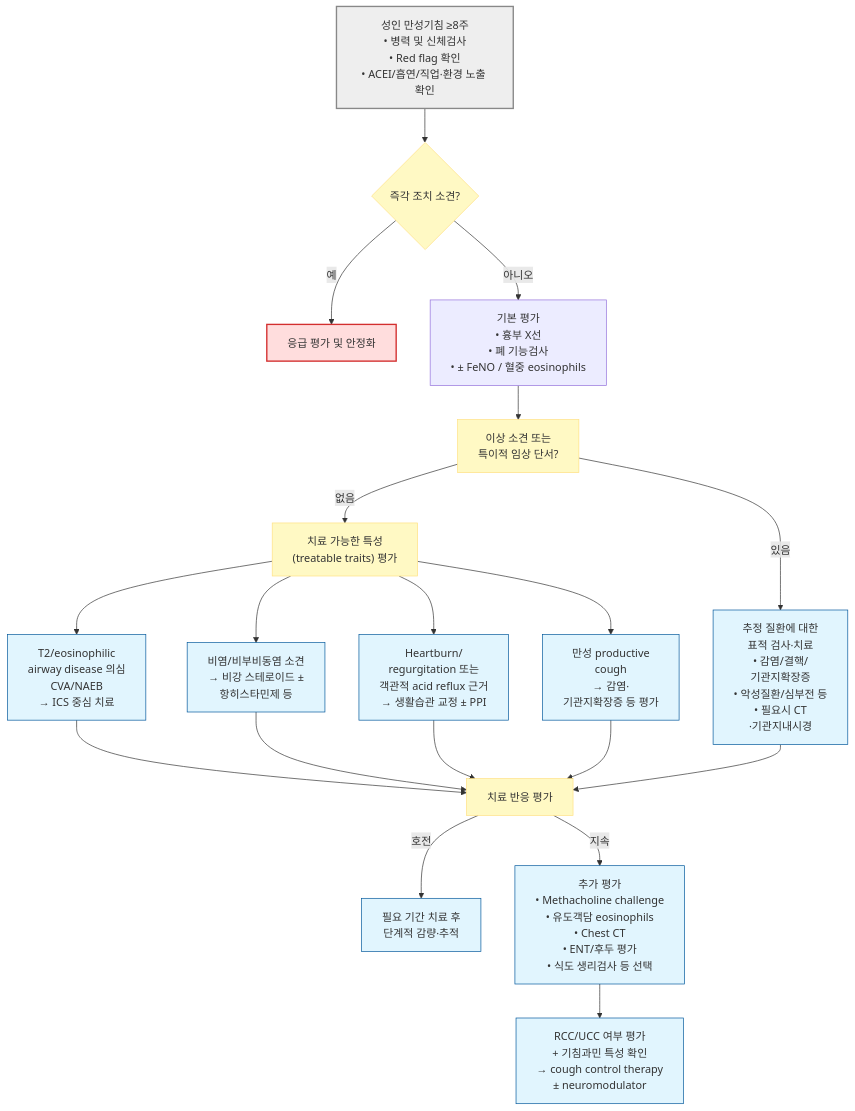
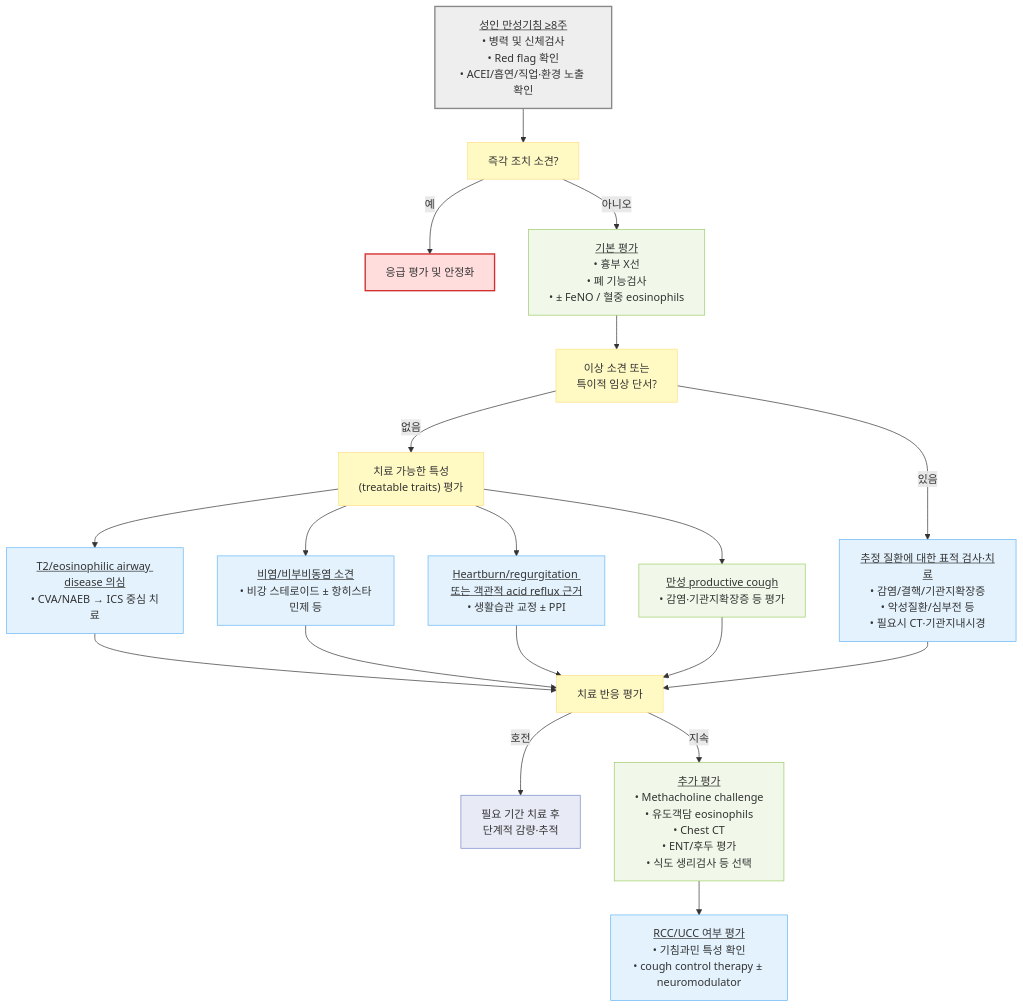
The third of 3 diagrams in 220_/006_-cough.md (familyoh77/familyoh77), drawn with Mermaid before and after one commit. The commit also changed other lines of this file and 13 other files, not shown here.

````diff
--- a/220_/006_-cough.md
+++ b/220_/006_-cough.md
@@ -274,31 +279,35 @@
 ```mermaid
-graph TD
-    Start["성인 만성기침 ≥8주<br/>• 병력 및 신체검사<br/>• Red flag 확인<br/>• ACEI/흡연/직업·환경 노출 확인"]
-    Start --> Urgent{"즉각 조치 소견?"}
+flowchart TD
+    Start["<u>성인 만성기침 ≥8주</u><br/>• 병력 및 신체검사<br/>• Red flag 확인<br/>• ACEI/흡연/직업·환경 노출 확인"]
+    Start --> Urgent["즉각 조치 소견?"]
     Urgent -- "예" --> Emergency["응급 평가 및 안정화"]
-    Urgent -- "아니오" --> Basic["기본 평가<br/>• 흉부 X선<br/>• 폐 기능검사<br/>• ± FeNO / 혈중 eosinophils"]
+    Urgent -- "아니오" --> Basic["<u>기본 평가</u><br/>• 흉부 X선<br/>• 폐 기능검사<br/>• ± FeNO / 혈중 eosinophils"]
     Basic --> Abnormal["이상 소견 또는<br/>특이적 임상 단서?"]
-    Abnormal -- "있음" --> Specific["추정 질환에 대한 <br/>표적 검사·치료<br/>• 감염/결핵/<br/>기관지확장증<br/>• 악성질환/심부전 등<br/>• 필요시 CT<br/>·기관지내시경"]
+    Abnormal -- "있음" --> Specific["<u>추정 질환에 대한 표적 검사·치료</u><br/>• 감염/결핵/기관지확장증<br/>• 악성질환/심부전 등<br/>• 필요시 CT·기관지내시경"]
     Abnormal -- "없음" --> Traits["치료 가능한 특성<br/>(treatable traits) 평가"]
-    Traits --> Eos["T2/eosinophilic <br/>airway disease 의심<br/>CVA/NAEB <br/>→ ICS 중심 치료"]
-    Traits --> Upper["비염/비부비동염 소견<br/>→ 비강 스테로이드 ±<br/> 항히스타민제 등"]
-    Traits --> Reflux["Heartburn/<br/>regurgitation 또는<br/>객관적 acid reflux 근거<br/>→ 생활습관 교정 ± PPI"]
-    Traits --> Productive["만성 productive <br/>cough<br/>→ 감염·<br/> 기관지확장증 등 평가"]
+    Traits --> Eos["<u>T2/eosinophilic airway disease 의심</u><br/>• CVA/NAEB → ICS 중심 치료"]
+    Traits --> Upper["<u>비염/비부비동염 소견</u><br/>• 비강 스테로이드 ± 항히스타민제 등"]
+    Traits --> Reflux["<u>Heartburn/regurgitation 또는 객관적 acid reflux 근거</u><br/>• 생활습관 교정 ± PPI"]
+    Traits --> Productive["<u>만성 productive cough</u><br/>• 감염·기관지확장증 등 평가"]
     Eos --> FU["치료 반응 평가"]
     Upper --> FU
     Reflux --> FU
     Productive --> FU
     Specific --> FU
-    FU -- "호전" --> Maintain["필요 기간 치료 후 <br/> 단계적 감량·추적"]
-    FU -- "지속" --> Add["추가 평가<br/>• Methacholine challenge<br/>• 유도객담 eosinophils<br/>• Chest CT<br/>• ENT/후두 평가<br/>• 식도 생리검사 등 선택"]
-    Add --> RCC["RCC/UCC 여부 평가<br/>+ 기침과민 특성 확인<br/>→ cough control therapy<br/>± neuromodulator"]
-    style Start fill:#eeeeee,stroke:#888888,stroke-width:2px
-    style Abnormal fill:#fff9c4,stroke:#ffe082
-    style Traits fill:#fff9c4,stroke:#ffe082
-    style FU fill:#fff9c4,stroke:#ffe082
-    style Urgent fill:#fff9c4,stroke:#ffe082
-    style Emergency fill:#ffdddd,stroke:#d32f2f,stroke-width:2px
-    classDef treatment fill:#e1f5fe,stroke:#01579b
-    class Specific,Eos,Upper,Reflux,Productive,Add,RCC treatment
-    style Maintain fill:#e1f5fe,stroke:#01579b
+    FU -- "호전" --> Maintain["필요 기간 치료 후<br/>단계적 감량·추적"]
+    FU -- "지속" --> Add["<u>추가 평가</u><br/>• Methacholine challenge<br/>• 유도객담 eosinophils<br/>• Chest CT<br/>• ENT/후두 평가<br/>• 식도 생리검사 등 선택"]
+    Add --> RCC["<u>RCC/UCC 여부 평가</u><br/>• 기침과민 특성 확인<br/>• cough control therapy ± neuromodulator"]
+
+    classDef start fill:#eeeeee,stroke:#888888,stroke-width:2px
+    classDef question fill:#fff9c4,stroke:#ffe082
+    classDef emergency fill:#ffdddd,stroke:#d32f2f,stroke-width:2px
+    classDef evaluation fill:#f1f8e9,stroke:#9ccc65
+    classDef treatment fill:#e3f2fd,stroke:#64b5f6
+    classDef followup fill:#e8eaf6,stroke:#7986cb
+    class Start start
+    class Urgent,Abnormal,Traits,FU question
+    class Emergency emergency
+    class Basic,Productive,Add evaluation
+    class Specific,Eos,Upper,Reflux,RCC treatment
+    class Maintain followup
 ```
````
